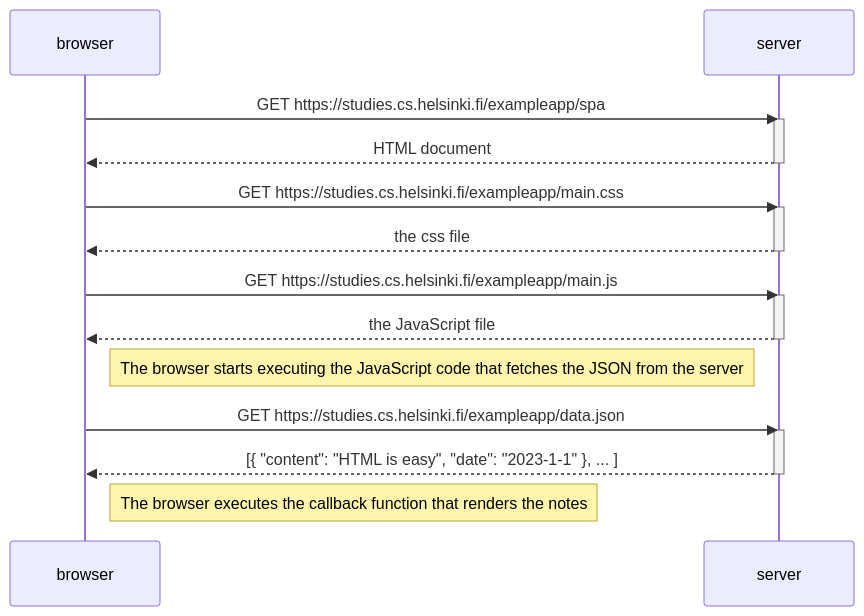
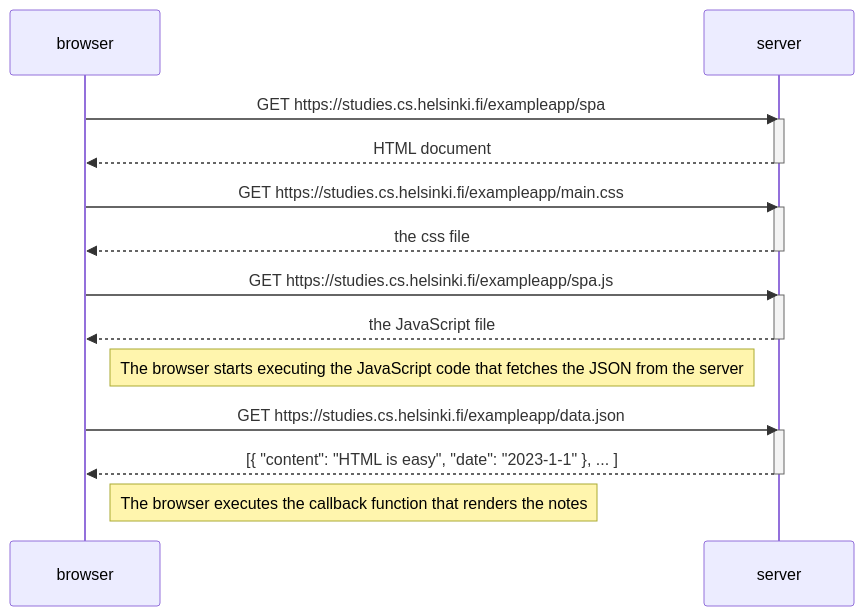
Before and after one commit to RedericoFocco/FullStackOpenCourse: the diagram in Part0/0.5.md, drawn with Mermaid.

````diff
--- a/Part0/0.5.md
+++ b/Part0/0.5.md
@@ -2,21 +2,21 @@
 ```mermaid
 sequenceDiagram
     browser->>server: GET https://studies.cs.helsinki.fi/exampleapp/spa
     activate server
     server-->>browser: HTML document
     deactivate server
     browser->>server: GET https://studies.cs.helsinki.fi/exampleapp/main.css
     activate server
     server-->>browser: the css file
     deactivate server
-    browser->>server: GET https://studies.cs.helsinki.fi/exampleapp/main.js
+    browser->>server: GET https://studies.cs.helsinki.fi/exampleapp/spa.js
     activate server
     server-->>browser: the JavaScript file
     deactivate server
     Note right of browser: The browser starts executing the JavaScript code that fetches the JSON from the server
     browser->>server: GET https://studies.cs.helsinki.fi/exampleapp/data.json
     activate server
     server-->>browser: [{ "content": "HTML is easy", "date": "2023-1-1" }, ... ]
     deactivate server
     Note right of browser: The browser executes the callback function that renders the notes
 ```
````
